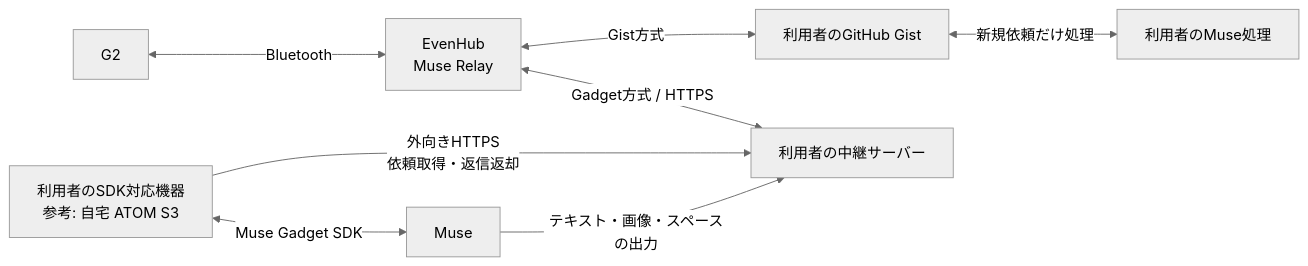
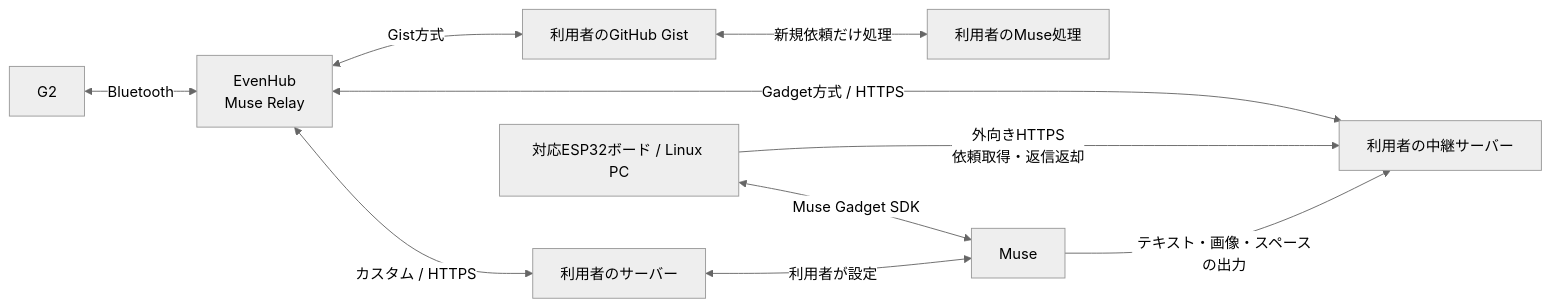
Before and after one commit to 3mintimer/muse-relay: the first of 5 diagrams in docs/protocol.ja.md, drawn with Mermaid (neutral theme). The commit also changed other lines of this file and 27 other files, not shown here.

Commit message:
docs: publish setup and upgrade instructions for Muse Relay 0.3.30

````diff
--- a/docs/protocol.ja.md
+++ b/docs/protocol.ja.md
@@ -13,10 +13,12 @@
 ```mermaid
 flowchart LR
   G2[G2] <-->|Bluetooth| Phone[EvenHub<br/>Muse Relay]
   Phone <-->|Gist方式| Gist[利用者のGitHub Gist]
   Gist <-->|新規依頼だけ処理| Handler[利用者のMuse処理]
   Phone <-->|Gadget方式 / HTTPS| Relay[利用者の中継サーバー]
-  ATOM[利用者のSDK対応機器<br/>参考: 自宅 ATOM S3] -->|外向きHTTPS<br/>依頼取得・返信返却| Relay
-  ATOM <-->|Muse Gadget SDK| Muse[Muse]
+  Device[対応ESP32ボード / Linux PC] -->|外向きHTTPS<br/>依頼取得・返信返却| Relay
+  Device <-->|Muse Gadget SDK| Muse[Muse]
   Muse -->|テキスト・画像・スペースの出力| Relay
+  Phone <-->|カスタム / HTTPS| Custom[利用者のサーバー]
+  Custom <-->|利用者が設定| Muse
 ```
````
